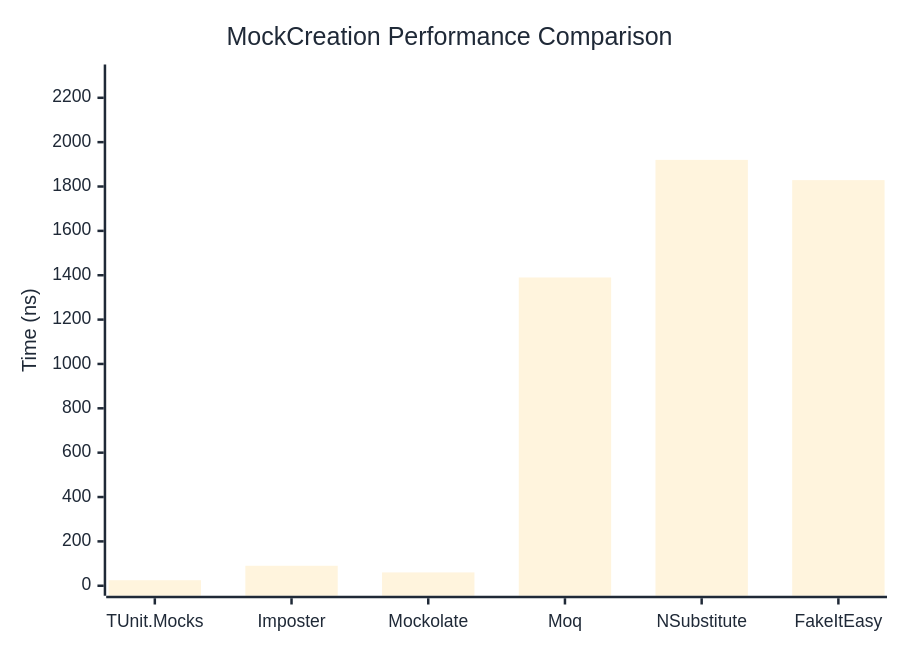
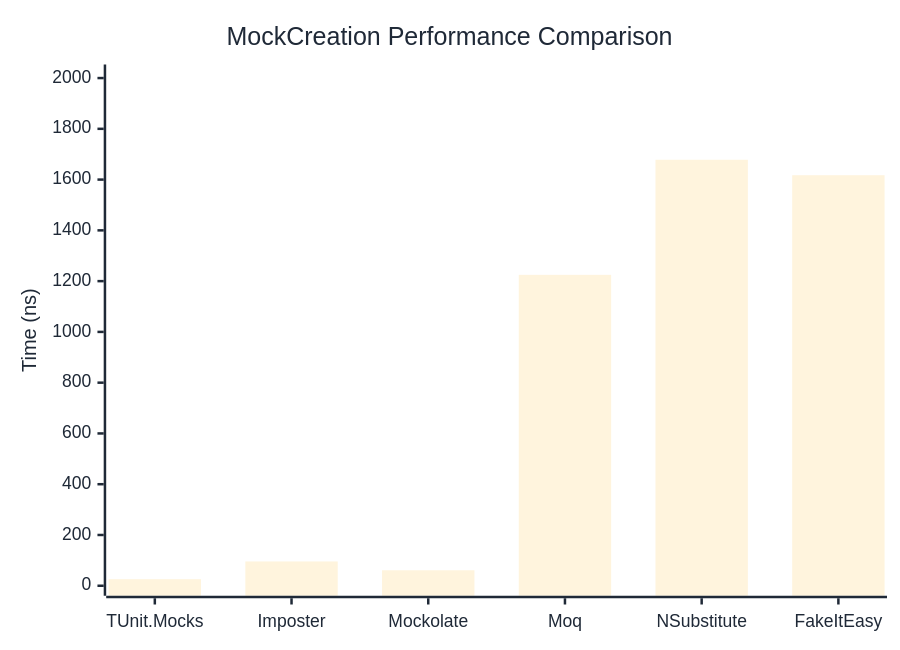
Before and after one commit to thomhurst/TUnit: the first of 2 diagrams in docs/docs/benchmarks/mocks/MockCreation.md, drawn with Mermaid. The commit also changed other lines of this file and 14 other files, not shown here.

````diff
--- a/docs/docs/benchmarks/mocks/MockCreation.md
+++ b/docs/docs/benchmarks/mocks/MockCreation.md
@@ -28,27 +28,27 @@
 ```mermaid
 %%{init: {
   'theme':'base',
   'themeVariables': {
     'primaryColor': '#2563eb',
     'primaryTextColor': '#1f2937',
     'primaryBorderColor': '#1e40af',
     'lineColor': '#6b7280',
     'secondaryColor': '#7c3aed',
     'tertiaryColor': '#dc2626',
     'background': '#ffffff',
     'pie1': '#2563eb',
     'pie2': '#7c3aed',
     'pie3': '#dc2626',
     'pie4': '#f59e0b',
     'pie5': '#10b981',
     'pie6': '#06b6d4',
     'pie7': '#ec4899',
     'pie8': '#6366f1'
   }
 }}%%
 xychart-beta
   title "MockCreation Performance Comparison"
   x-axis ["TUnit.Mocks", "Imposter", "Mockolate", "Moq", "NSubstitute", "FakeItEasy"]
-  y-axis "Time (ns)" 0 --> 2305
-  bar [24.96, 90.15, 60.17, 1389.89, 1920.1, 1828.75]
+  y-axis "Time (ns)" 0 --> 2014
+  bar [25.84, 95.78, 61.02, 1224.81, 1678.14, 1617.18]
 ```
````
